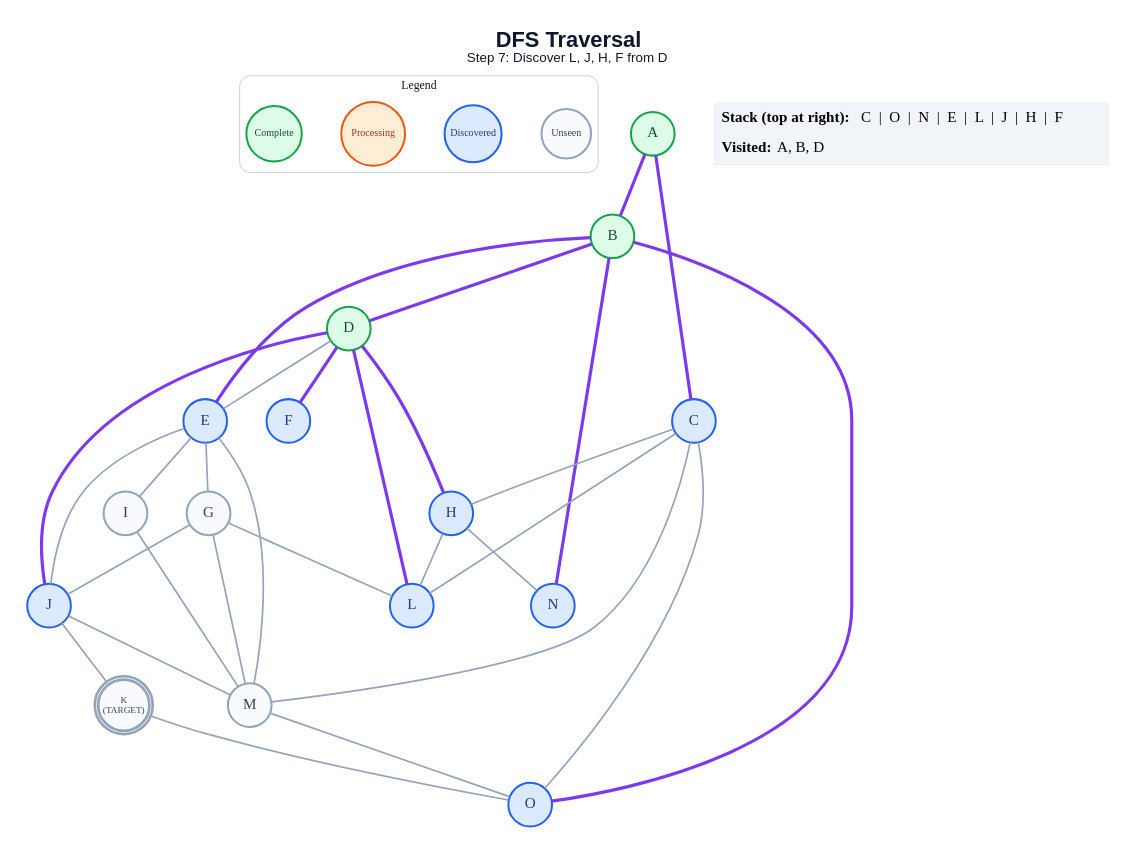
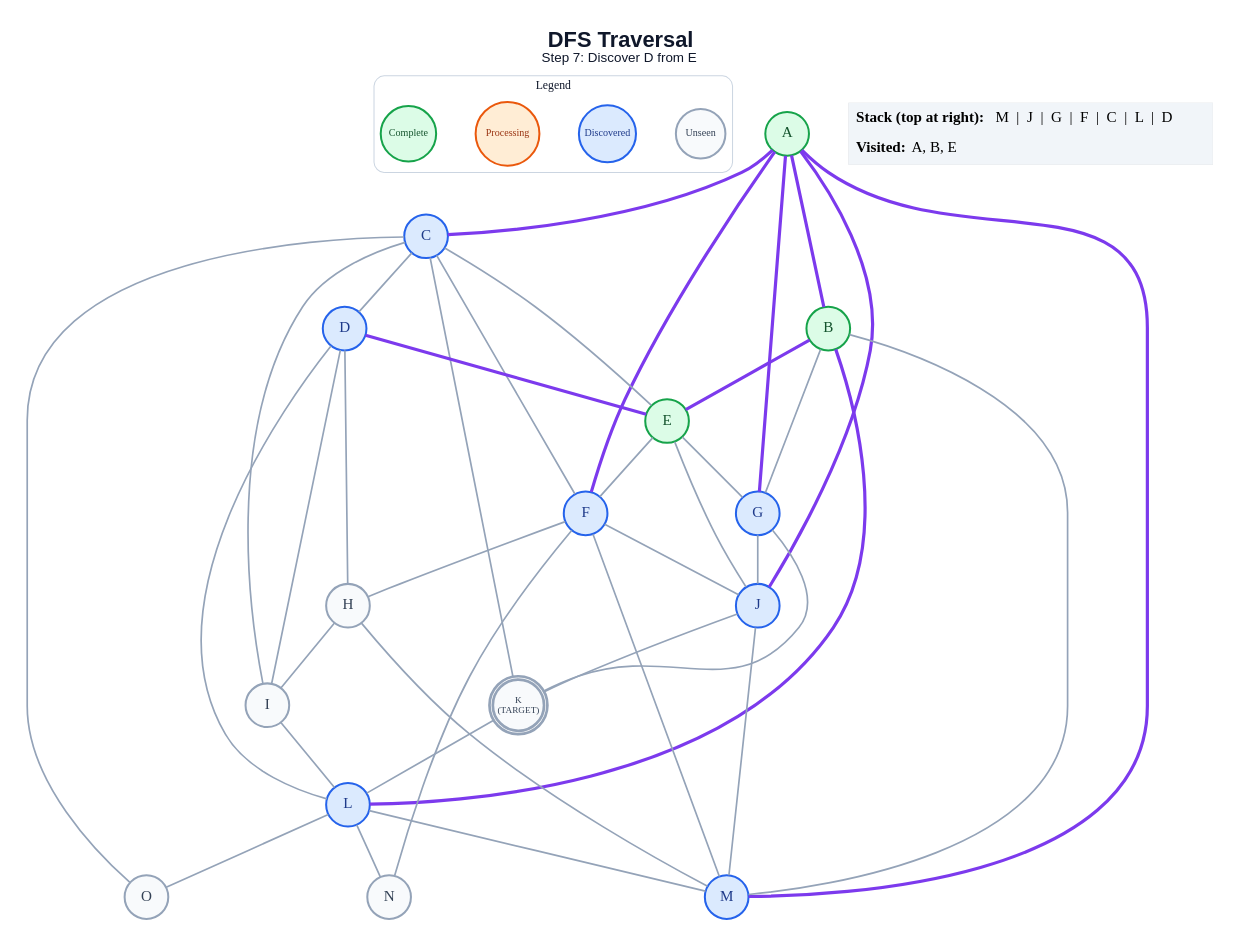
One commit to anon7238593-create/ai-slop changed the diagram in generated/short-circuit/dfs/step_07.dot. Above: the diagram before and after it, drawn with Graphviz. The commit also changed 279 other files, not shown here.

```diff
--- a/generated/short-circuit/dfs/step_07.dot
+++ b/generated/short-circuit/dfs/step_07.dot
@@ -1,63 +1,72 @@
 graph traversal {
   graph [layout=dot, rankdir=TB, bgcolor="#FFFFFF", pad="0.35", nodesep="0.65", ranksep="0.8", fontname="Arial"];
   node [shape=circle, style="filled", fontname="Arial Bold", fontsize=18, width=0.72, fixedsize=true, penwidth=2.4];
   edge [color="#94A3B8", penwidth=2.0];
-  label=<<B>DFS Traversal</B><BR/><FONT POINT-SIZE="16">Step 7: Discover L, J, H, F from D</FONT>>; labelloc="t"; fontsize=26; fontname="Arial"; fontcolor="#0F172A";
+  label=<<B>DFS Traversal</B><BR/><FONT POINT-SIZE="16">Step 7: Discover D from E</FONT>>; labelloc="t"; fontsize=26; fontname="Arial"; fontcolor="#0F172A";
   subgraph cluster_legend { label="Legend"; color="#CBD5E1"; penwidth=1.2; style="rounded"; fontsize=14; fontname="Arial Bold";
     key_unseen [label="Unseen", fillcolor="#F8FAFC", color="#94A3B8", fontcolor="#334155", fontsize=12, width=0.82];
     key_frontier [label="Discovered", fillcolor="#DBEAFE", color="#2563EB", fontcolor="#1E3A8A", fontsize=12, width=0.95];
     key_current [label="Processing", fillcolor="#FFEDD5", color="#EA580C", fontcolor="#9A3412", fontsize=12, width=1.05];
     key_done [label="Complete", fillcolor="#DCFCE7", color="#16A34A", fontcolor="#14532D", fontsize=12, width=0.92];
     { rank=same; key_unseen; key_frontier; key_current; key_done; }
   }
   A [label="A", fillcolor="#DCFCE7", color="#16A34A", fontcolor="#14532D", peripheries=1, penwidth=2.4];
   B [label="B", fillcolor="#DCFCE7", color="#16A34A", fontcolor="#14532D", peripheries=1, penwidth=2.4];
   C [label="C", fillcolor="#DBEAFE", color="#2563EB", fontcolor="#1E3A8A", peripheries=1, penwidth=2.4];
-  D [label="D", fillcolor="#DCFCE7", color="#16A34A", fontcolor="#14532D", peripheries=1, penwidth=2.4];
-  E [label="E", fillcolor="#DBEAFE", color="#2563EB", fontcolor="#1E3A8A", peripheries=1, penwidth=2.4];
+  D [label="D", fillcolor="#DBEAFE", color="#2563EB", fontcolor="#1E3A8A", peripheries=1, penwidth=2.4];
+  E [label="E", fillcolor="#DCFCE7", color="#16A34A", fontcolor="#14532D", peripheries=1, penwidth=2.4];
   F [label="F", fillcolor="#DBEAFE", color="#2563EB", fontcolor="#1E3A8A", peripheries=1, penwidth=2.4];
-  G [label="G", fillcolor="#F8FAFC", color="#94A3B8", fontcolor="#334155", peripheries=1, penwidth=2.4];
-  H [label="H", fillcolor="#DBEAFE", color="#2563EB", fontcolor="#1E3A8A", peripheries=1, penwidth=2.4];
+  G [label="G", fillcolor="#DBEAFE", color="#2563EB", fontcolor="#1E3A8A", peripheries=1, penwidth=2.4];
+  H [label="H", fillcolor="#F8FAFC", color="#94A3B8", fontcolor="#334155", peripheries=1, penwidth=2.4];
   I [label="I", fillcolor="#F8FAFC", color="#94A3B8", fontcolor="#334155", peripheries=1, penwidth=2.4];
   J [label="J", fillcolor="#DBEAFE", color="#2563EB", fontcolor="#1E3A8A", peripheries=1, penwidth=2.4];
   K [label="K\n(TARGET)", fillcolor="#F8FAFC", color="#94A3B8", fontcolor="#334155", peripheries=2, penwidth=3.2, fontsize=11, width=0.85, height=0.85];
   L [label="L", fillcolor="#DBEAFE", color="#2563EB", fontcolor="#1E3A8A", peripheries=1, penwidth=2.4];
-  M [label="M", fillcolor="#F8FAFC", color="#94A3B8", fontcolor="#334155", peripheries=1, penwidth=2.4];
-  N [label="N", fillcolor="#DBEAFE", color="#2563EB", fontcolor="#1E3A8A", peripheries=1, penwidth=2.4];
-  O [label="O", fillcolor="#DBEAFE", color="#2563EB", fontcolor="#1E3A8A", peripheries=1, penwidth=2.4];
+  M [label="M", fillcolor="#DBEAFE", color="#2563EB", fontcolor="#1E3A8A", peripheries=1, penwidth=2.4];
+  N [label="N", fillcolor="#F8FAFC", color="#94A3B8", fontcolor="#334155", peripheries=1, penwidth=2.4];
+  O [label="O", fillcolor="#F8FAFC", color="#94A3B8", fontcolor="#334155", peripheries=1, penwidth=2.4];
   A -- B [color="#7C3AED", penwidth=3.8];
   A -- C [color="#7C3AED", penwidth=3.8];
-  B -- D [color="#7C3AED", penwidth=3.8];
+  A -- F [color="#7C3AED", penwidth=3.8];
+  A -- G [color="#7C3AED", penwidth=3.8];
+  A -- J [color="#7C3AED", penwidth=3.8];
+  A -- M [color="#7C3AED", penwidth=3.8];
   B -- E [color="#7C3AED", penwidth=3.8];
-  B -- N [color="#7C3AED", penwidth=3.8];
-  B -- O [color="#7C3AED", penwidth=3.8];
-  C -- H;
-  C -- L;
-  C -- M;
+  B -- G;
+  B -- L [color="#7C3AED", penwidth=3.8];
+  B -- M;
+  C -- D;
+  C -- E;
+  C -- F;
+  C -- I;
+  C -- K;
   C -- O;
-  D -- E;
-  D -- F [color="#7C3AED", penwidth=3.8];
-  D -- H [color="#7C3AED", penwidth=3.8];
-  D -- J [color="#7C3AED", penwidth=3.8];
-  D -- L [color="#7C3AED", penwidth=3.8];
+  D -- E [color="#7C3AED", penwidth=3.8];
+  D -- H;
+  D -- I;
+  D -- L;
+  E -- F;
   E -- G;
-  E -- I;
   E -- J;
-  E -- M;
+  F -- H;
+  F -- J;
+  F -- M;
+  F -- N;
   G -- J;
-  G -- L;
-  G -- M;
-  H -- L;
-  H -- N;
-  I -- M;
+  G -- K;
+  H -- I;
+  H -- M;
+  I -- L;
   J -- K;
   J -- M;
-  K -- O;
-  M -- O;
+  K -- L;
+  L -- M;
+  L -- N;
+  L -- O;
   status [shape=plain, fixedsize=false, width=0, height=0, margin=0, label=<
     <TABLE BORDER="0" CELLBORDER="0" CELLPADDING="7" BGCOLOR="#F1F5F9">
-      <TR><TD ALIGN="LEFT"><B>Stack (top at right):</B> C  |  O  |  N  |  E  |  L  |  J  |  H  |  F</TD></TR>
-      <TR><TD ALIGN="LEFT"><B>Visited:</B> A, B, D</TD></TR>
+      <TR><TD ALIGN="LEFT"><B>Stack (top at right):</B> M  |  J  |  G  |  F  |  C  |  L  |  D</TD></TR>
+      <TR><TD ALIGN="LEFT"><B>Visited:</B> A, B, E</TD></TR>
     </TABLE>
   >];
 }
```
